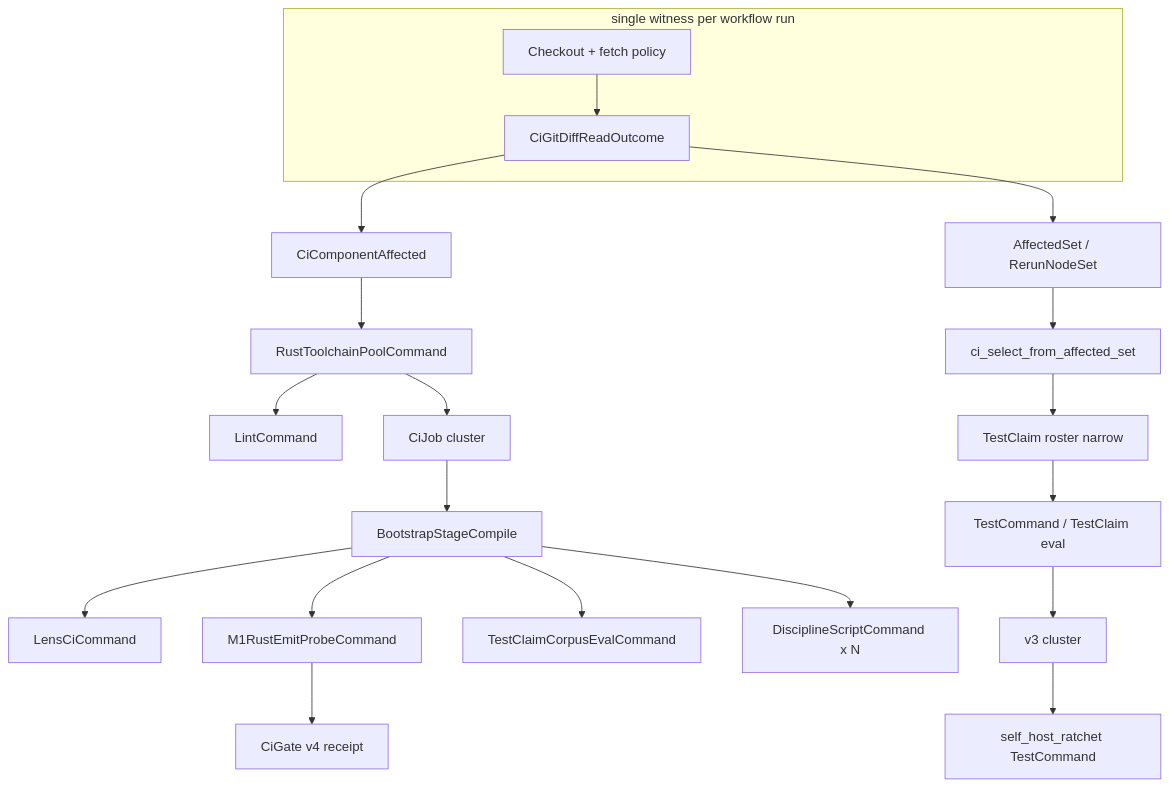
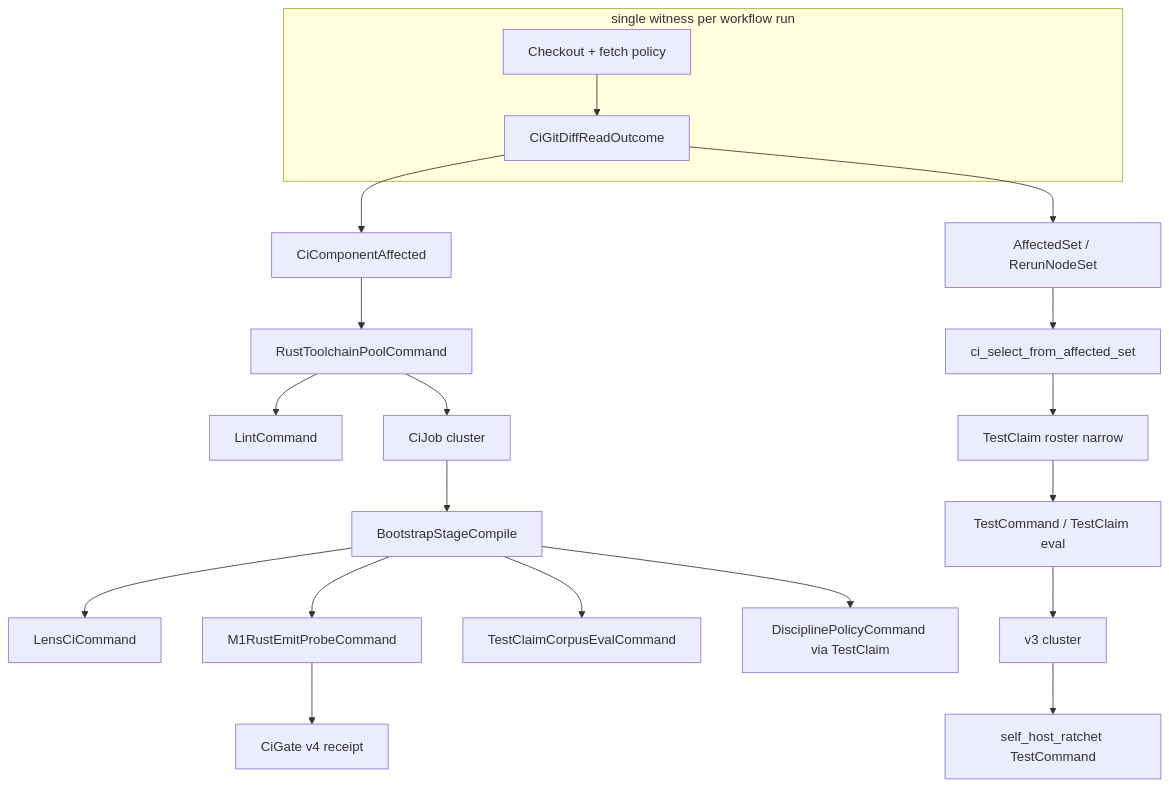
Before and after one commit to gunb-ai/gunbc: the diagram in docs/design-ci-dag-overhaul.md, drawn with Mermaid. The commit also changed other lines of this file, not shown here.

````diff
--- a/docs/design-ci-dag-overhaul.md
+++ b/docs/design-ci-dag-overhaul.md
@@ -77,30 +96,30 @@
 ```mermaid
 flowchart TB
   subgraph witness [single witness per workflow run]
     checkout[Checkout + fetch policy]
     diff[CiGitDiffReadOutcome]
     checkout --> diff
   end
 
   diff --> affected[CiComponentAffected]
   diff --> frontier[AffectedSet / RerunNodeSet]
 
   affected --> pool[RustToolchainPoolCommand]
   frontier --> select[ci_select_from_affected_set]
 
   pool --> fmt[LintCommand]
   pool --> ci_jobs[CiJob cluster]
 
   select --> claims[TestClaim roster narrow]
 
   ci_jobs --> boot[BootstrapStageCompile]
   boot --> lens[LensCiCommand]
   boot --> m1[M1RustEmitProbeCommand]
   boot --> corpus[TestClaimCorpusEvalCommand]
-  boot --> disc[DisciplineScriptCommand x N]
+  boot --> disc[DisciplinePolicyCommand via TestClaim]
 
   claims --> tests[TestCommand / TestClaim eval]
   m1 --> v4gate[CiGate v4 receipt]
   tests --> v3job[v3 cluster]
   v3job --> ratchet[self_host_ratchet TestCommand]
 ```
````
